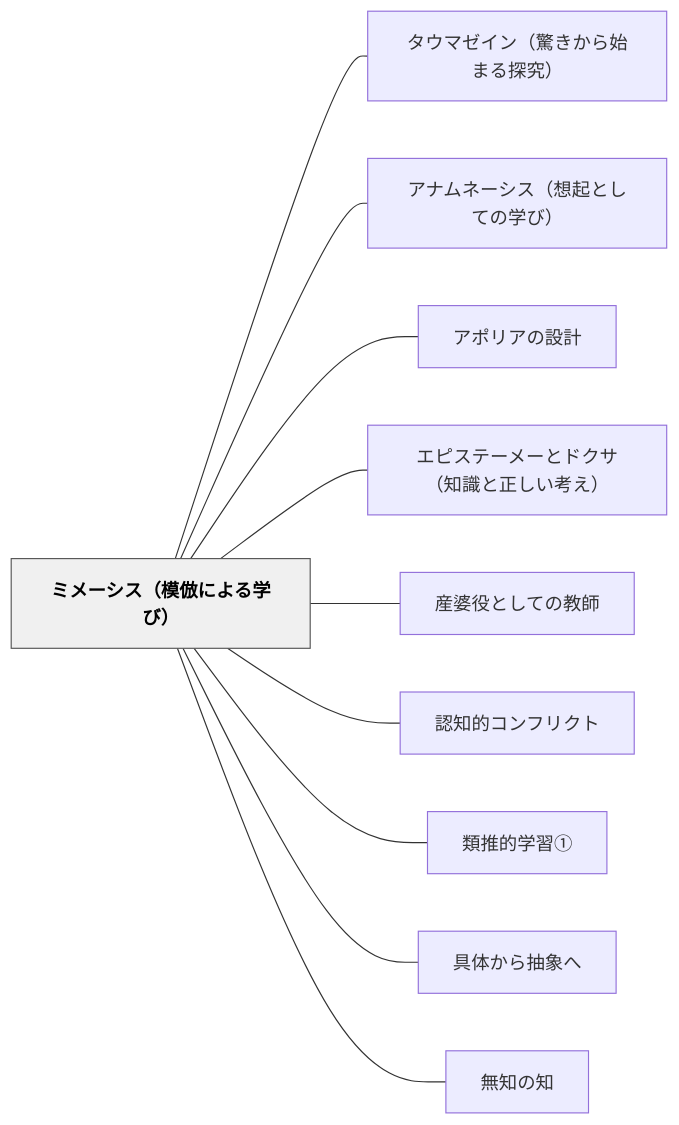
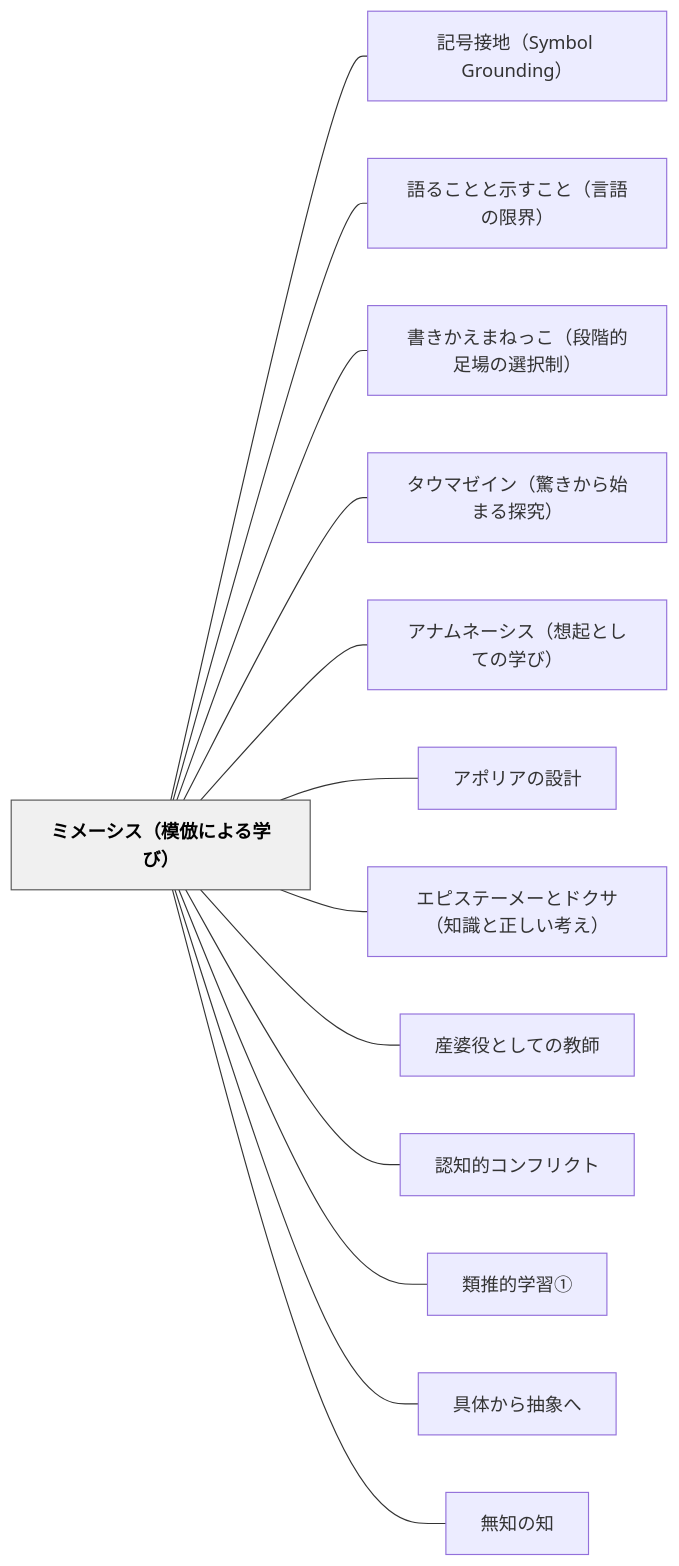
One commit to unknownthings-ed-patterns/unknownthings-ed-patterns changed the diagram in content/パタン/ミメーシス（模倣による学び）.md. Above: the diagram before and after it, drawn with Mermaid. The commit also changed other lines of this file and 185 other files, not shown here.

````diff
--- a/content/パタン/ミメーシス（模倣による学び）.md
+++ b/content/パタン/ミメーシス（模倣による学び）.md
@@ -277,26 +280,32 @@
 ```mermaid
 flowchart LR
     ne3839fe383a1e383bce382b7e382b9efbc88e6a8a1e580a3e381abe38288e3828be5ada6e381b3efbc89["ミメーシス（模倣による学び）"]
+    ne8a898e58fb7e68ea5e59cb0efbc8853796d626f6c2047726f756e64696e67efbc89["記号接地（Symbol Grounding）"]
+    ne8aa9ee3828be38193e381a8e381a8e7a4bae38199e38193e381a8efbc88e8a880e8aa9ee381aee99990e7958cefbc89["語ることと示すこと（言語の限界）"]
+    ne69bb8e3818de3818be38188e381bee381ade381a3e38193efbc88e6aeb5e99a8ee79a84e8b6b3e5a0b4e381aee981b8e68a9ee588b6efbc89["書きかえまねっこ（段階的足場の選択制）"]
     ne382bfe382a6e3839ee382bce382a4e383b3efbc88e9a99ae3818de3818be38289e5a78be381bee3828be68ea2e7a9b6efbc89["タウマゼイン（驚きから始まる探究）"]
     ne382a2e3838ae383a0e3838de383bce382b7e382b9efbc88e683b3e8b5b7e381a8e38197e381a6e381aee5ada6e381b3efbc89["アナムネーシス（想起としての学び）"]
     ne382a2e3839de383aae382a2e381aee8a8ade8a888["アポリアの設計"]
     ne382a8e38394e382b9e38386e383bce383a1e383bce381a8e38389e382afe382b5efbc88e79fa5e8ad98e381a8e6ada3e38197e38184e88083e38188efbc89["エピステーメーとドクサ（知識と正しい考え）"]
     ne794a3e5a986e5bdb9e381a8e38197e381a6e381aee69599e5b8ab["産婆役としての教師"]
     ne8aa8de79fa5e79a84e382b3e383b3e38395e383aae382afe38388["認知的コンフリクト"]
     ne9a19ee68ea8e79a84e5ada6e7bf92e291a0["類推的学習①"]
     ne585b7e4bd93e3818be38289e68abde8b1a1e381b8["具体から抽象へ"]
     ne784a1e79fa5e381aee79fa5["無知の知"]
 
+    ne3839fe383a1e383bce382b7e382b9efbc88e6a8a1e580a3e381abe38288e3828be5ada6e381b3efbc89 --- ne8a898e58fb7e68ea5e59cb0efbc8853796d626f6c2047726f756e64696e67efbc89
+    ne3839fe383a1e383bce382b7e382b9efbc88e6a8a1e580a3e381abe38288e3828be5ada6e381b3efbc89 --- ne8aa9ee3828be38193e381a8e381a8e7a4bae38199e38193e381a8efbc88e8a880e8aa9ee381aee99990e7958cefbc89
+    ne3839fe383a1e383bce382b7e382b9efbc88e6a8a1e580a3e381abe38288e3828be5ada6e381b3efbc89 --- ne69bb8e3818de3818be38188e381bee381ade381a3e38193efbc88e6aeb5e99a8ee79a84e8b6b3e5a0b4e381aee981b8e68a9ee588b6efbc89
     ne3839fe383a1e383bce382b7e382b9efbc88e6a8a1e580a3e381abe38288e3828be5ada6e381b3efbc89 --- ne382bfe382a6e3839ee382bce382a4e383b3efbc88e9a99ae3818de3818be38289e5a78be381bee3828be68ea2e7a9b6efbc89
     ne3839fe383a1e383bce382b7e382b9efbc88e6a8a1e580a3e381abe38288e3828be5ada6e381b3efbc89 --- ne382a2e3838ae383a0e3838de383bce382b7e382b9efbc88e683b3e8b5b7e381a8e38197e381a6e381aee5ada6e381b3efbc89
     ne3839fe383a1e383bce382b7e382b9efbc88e6a8a1e580a3e381abe38288e3828be5ada6e381b3efbc89 --- ne382a2e3839de383aae382a2e381aee8a8ade8a888
     ne3839fe383a1e383bce382b7e382b9efbc88e6a8a1e580a3e381abe38288e3828be5ada6e381b3efbc89 --- ne382a8e38394e382b9e38386e383bce383a1e383bce381a8e38389e382afe382b5efbc88e79fa5e8ad98e381a8e6ada3e38197e38184e88083e38188efbc89
     ne3839fe383a1e383bce382b7e382b9efbc88e6a8a1e580a3e381abe38288e3828be5ada6e381b3efbc89 --- ne794a3e5a986e5bdb9e381a8e38197e381a6e381aee69599e5b8ab
     ne3839fe383a1e383bce382b7e382b9efbc88e6a8a1e580a3e381abe38288e3828be5ada6e381b3efbc89 --- ne8aa8de79fa5e79a84e382b3e383b3e38395e383aae382afe38388
     ne3839fe383a1e383bce382b7e382b9efbc88e6a8a1e580a3e381abe38288e3828be5ada6e381b3efbc89 --- ne9a19ee68ea8e79a84e5ada6e7bf92e291a0
     ne3839fe383a1e383bce382b7e382b9efbc88e6a8a1e580a3e381abe38288e3828be5ada6e381b3efbc89 --- ne585b7e4bd93e3818be38289e68abde8b1a1e381b8
     ne3839fe383a1e383bce382b7e382b9efbc88e6a8a1e580a3e381abe38288e3828be5ada6e381b3efbc89 --- ne784a1e79fa5e381aee79fa5
 
     classDef hub fill:#f0f0f0,stroke:#555,color:#000,font-weight:bold
     class ne3839fe383a1e383bce382b7e382b9efbc88e6a8a1e580a3e381abe38288e3828be5ada6e381b3efbc89 hub
 ```
````
